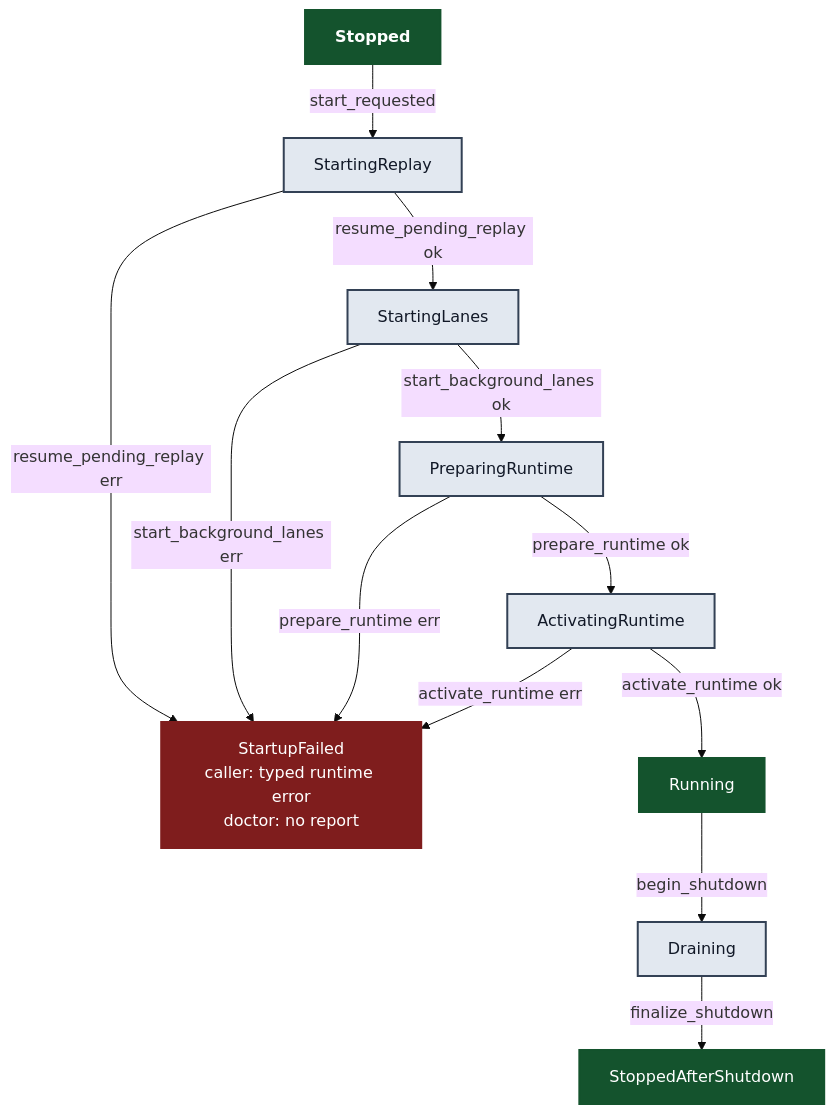
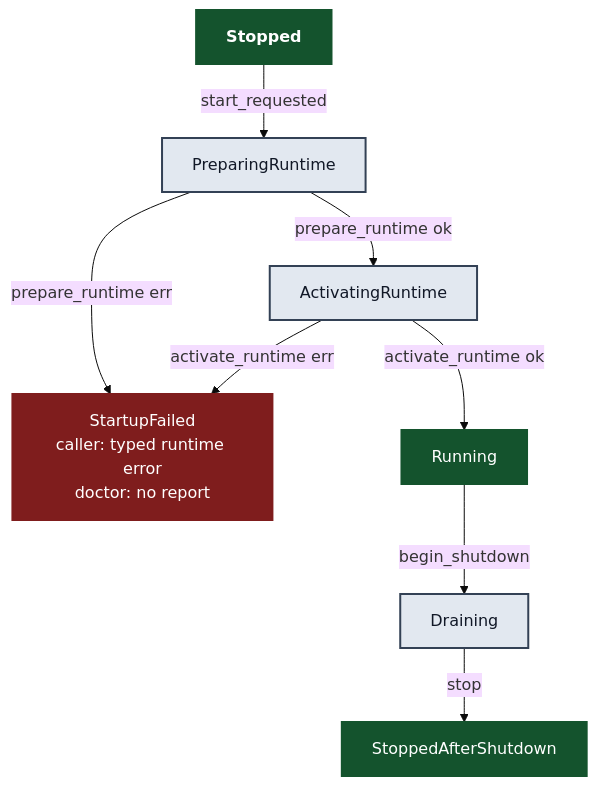
The diagram in docs/atm-daemon/runtime-lifecycle-state-machine.mmd (randlee/atm-core), drawn with Mermaid (base theme) before and after one commit. The commit also changed 49 other files, not shown here.

```diff
--- a/docs/atm-daemon/runtime-lifecycle-state-machine.mmd
+++ b/docs/atm-daemon/runtime-lifecycle-state-machine.mmd
@@ -1,29 +1,25 @@
 %% title: `Daemon Runtime Lifecycle State Machine`
 %% summary: Legal daemon runtime ownership transitions after bootstrap reaches a live daemon.
 %% commentary: This machine models `RuntimeComposition::start()`, `RuntimeLifecycle`, and the fail-closed startup path in daemon composition. Every edge is a real event or guard in code, and every failure terminal is observable through a typed caller error from the active command.
 %% notes: explicit RuntimeLifecycle states only | startup failure rolls back to stopped | no direct Running to Stopped success path
 %% recovery_rules: If startup fails before Running, the active caller gets a typed runtime/startup error and doctor does not return a report. | If the daemon reaches Running, later command-specific or doctor-specific state machines own the next visible outcome.
 %% terminal_classes: StartupFailed is a caller-facing startup dependency error with rollback to Stopped. | Running is the success state that permits request serving. | StoppedAfterShutdown is the normal shutdown terminal.
 %% sets: daemon
 flowchart TD
-    A["<b>Stopped</b>"] -->|start_requested| B["StartingReplay"]
-    B -->|resume_pending_replay ok| C["StartingLanes"]
-    B -->|resume_pending_replay err| X["StartupFailed
+    A["<b>Stopped</b>"] -->|start_requested| D["PreparingRuntime"]
+    D -->|prepare_runtime err| X["StartupFailed
 caller: typed runtime error
 doctor: no report"]
-    C -->|start_background_lanes ok| D["PreparingRuntime"]
-    C -->|start_background_lanes err| X
     D -->|prepare_runtime ok| E["ActivatingRuntime"]
-    D -->|prepare_runtime err| X
     E -->|activate_runtime ok| F["Running"]
     E -->|activate_runtime err| X
     F -->|begin_shutdown| G["Draining"]
-    G -->|finalize_shutdown| H["StoppedAfterShutdown"]
+    G -->|stop| H["StoppedAfterShutdown"]
 
     classDef happy fill:#14532d,color:#ffffff,stroke:#14532d,stroke-width:2px;
     classDef error fill:#7f1d1d,color:#ffffff,stroke:#7f1d1d,stroke-width:2px;
     classDef neutral fill:#e2e8f0,color:#111827,stroke:#334155,stroke-width:2px;
 
     class A,F,H happy;
     class X error;
-    class B,C,D,E,G neutral;
+    class D,E,G neutral;
```
